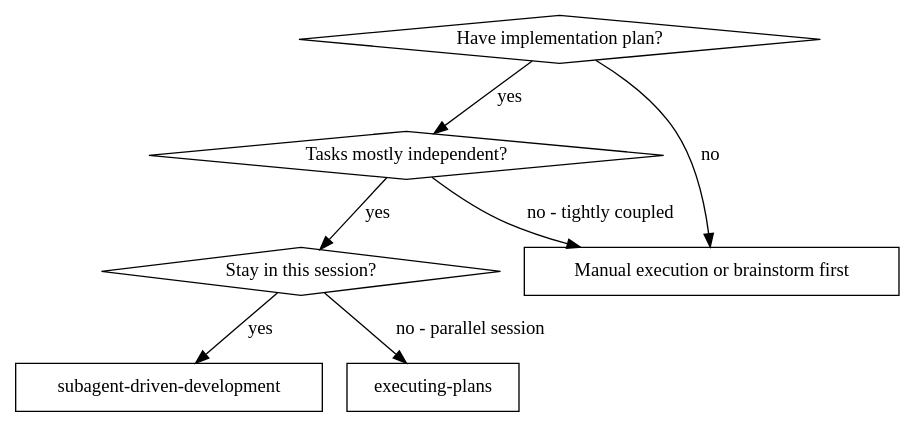
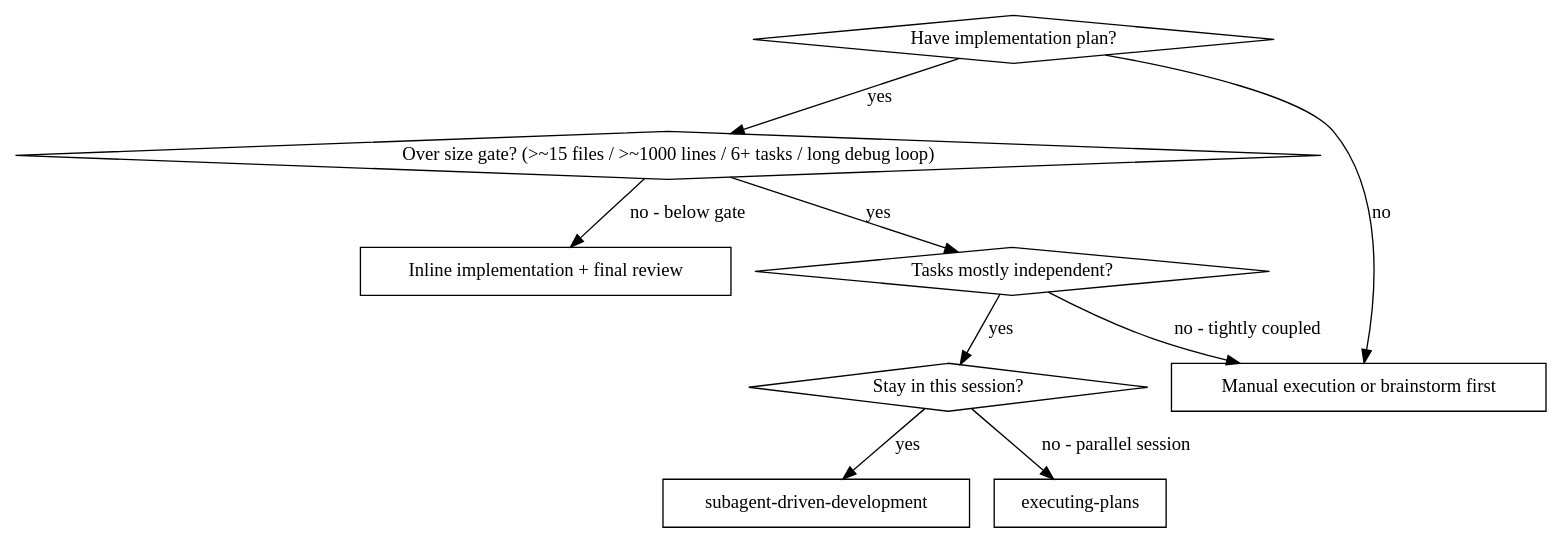
The first of 2 diagrams in .agents/skills/subagent-driven-development/SKILL.md (moorestech/moorestech), drawn with Graphviz before and after one commit. The commit also changed other lines of this file, not shown here.

````diff
--- a/.agents/skills/subagent-driven-development/SKILL.md
+++ b/.agents/skills/subagent-driven-development/SKILL.md
@@ -20,17 +37,21 @@
 ```dot
 digraph when_to_use {
     "Have implementation plan?" [shape=diamond];
+    "Over size gate? (>~15 files / >~1000 lines / 6+ tasks / long debug loop)" [shape=diamond];
     "Tasks mostly independent?" [shape=diamond];
-    "Stay in this session?" [shape=diamond];
     "subagent-driven-development" [shape=box];
     "executing-plans" [shape=box];
     "Manual execution or brainstorm first" [shape=box];
+    "Inline implementation + final review" [shape=box];
+    "Stay in this session?" [shape=diamond];
 
-    "Have implementation plan?" -> "Tasks mostly independent?" [label="yes"];
+    "Have implementation plan?" -> "Over size gate? (>~15 files / >~1000 lines / 6+ tasks / long debug loop)" [label="yes"];
     "Have implementation plan?" -> "Manual execution or brainstorm first" [label="no"];
+    "Over size gate? (>~15 files / >~1000 lines / 6+ tasks / long debug loop)" -> "Tasks mostly independent?" [label="yes"];
+    "Over size gate? (>~15 files / >~1000 lines / 6+ tasks / long debug loop)" -> "Inline implementation + final review" [label="no - below gate"];
     "Tasks mostly independent?" -> "Stay in this session?" [label="yes"];
     "Tasks mostly independent?" -> "Manual execution or brainstorm first" [label="no - tightly coupled"];
     "Stay in this session?" -> "subagent-driven-development" [label="yes"];
     "Stay in this session?" -> "executing-plans" [label="no - parallel session"];
 }
 ```
````
